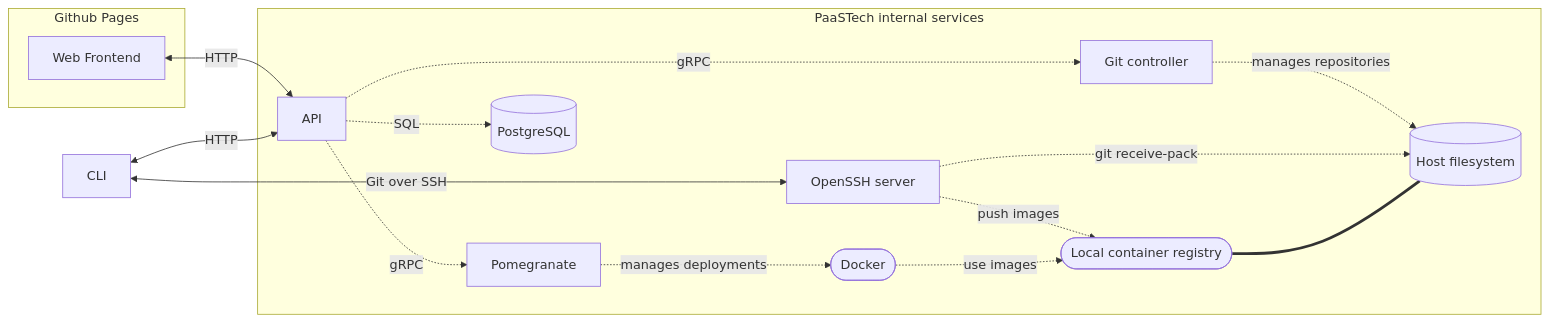
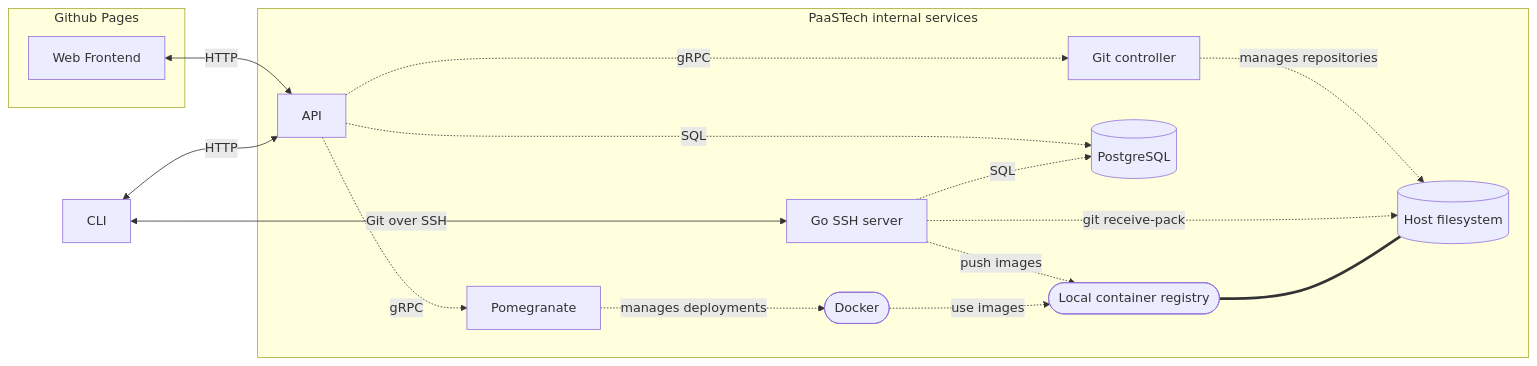
The second of 10 diagrams in README.md (paastech-cloud/docs), drawn with Mermaid before and after one commit.

Commit message:
fix(component-interaction): rename service and link to db (#13)
fix(interaction): rename service

````diff
--- a/README.md
+++ b/README.md
@@ -204,38 +204,39 @@
 ```mermaid
 flowchart LR
     cli["CLI"]
 
     web <-- HTTP --> api
     cli <-- HTTP --> api
     cli <-- Git over SSH --> ssh
 
 
     subgraph Github Pages
         web["Web Frontend"]
     end
 
     subgraph PaaSTech internal services
         api["API"]
         git["Git controller"]
-        ssh["OpenSSH server"]
+        ssh["Go SSH server"]
         pom["Pomegranate"]
         db[(PostgreSQL)]
         fs[("`Host filesystem`")]
         docker(["Docker"])
         cr(["`Local container registry`"])
 
         api -. gRPC .-> git
         api -. gRPC .-> pom
         api -. SQL .-> db
 
         git -. manages repositories .-> fs
         ssh -. git receive-pack .-> fs
         ssh -. push images .-> cr
+        ssh -. SQL .-> db
 
         pom -. manages deployments .-> docker
 
         docker -. use images .-> cr
 
         cr === fs
     end
 ```
````
